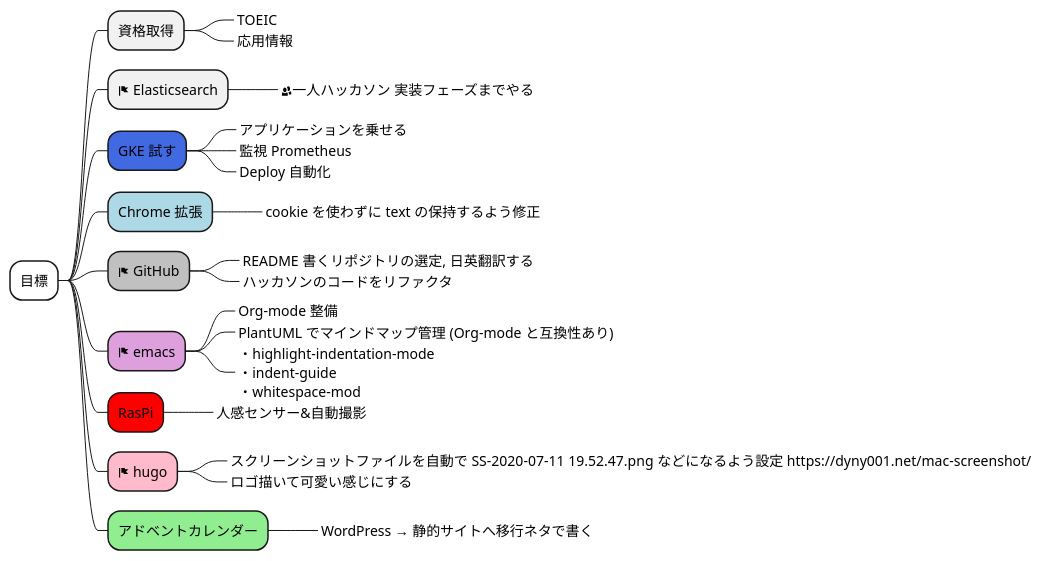
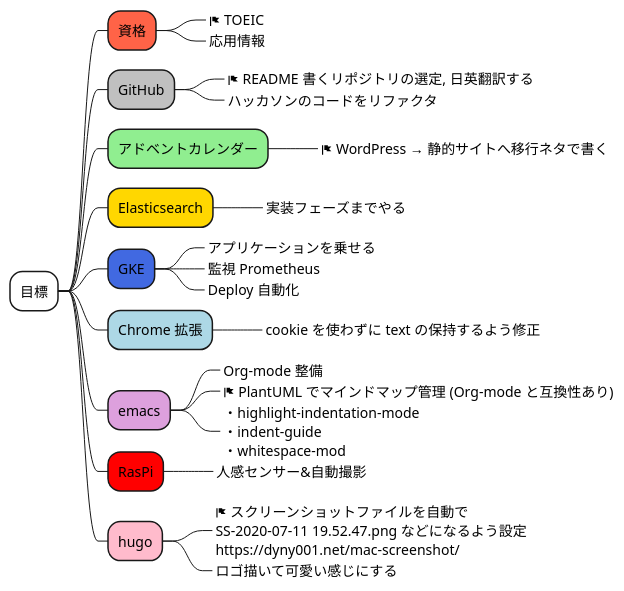
One commit to Ishizuka427/MindMap changed the diagram in test.puml. Above: the diagram before and after it, drawn with PlantUML.

```diff
--- a/test.puml
+++ b/test.puml
@@ -1,28 +1,28 @@
 @startmindmap
 *[#white] 目標
-** 資格取得
-***_ TOEIC
+**[#tomato] 資格
+***_ <&flag> TOEIC
 ***_ 応用情報
-** <&flag> Elasticsearch
-***_ <&people>一人ハッカソン 実装フェーズまでやる
-**[#royalblue] GKE 試す
+**[#silver] GitHub
+***_ <&flag> README 書くリポジトリの選定, 日英翻訳する
+***_ ハッカソンのコードをリファクタ
+**[#lightgreen] アドベントカレンダー
+***_ <&flag> WordPress → 静的サイトへ移行ネタで書く
+**[#gold] Elasticsearch
+***_ 実装フェーズまでやる
+**[#royalblue] GKE
 ***_ アプリケーションを乗せる
 ***_ 監視 Prometheus
 ***_ Deploy 自動化 
 **[#lightblue] Chrome 拡張
 ***_ cookie を使わずに text の保持するよう修正
-**[#silver] <&flag> GitHub
-***_ README 書くリポジトリの選定, 日英翻訳する
-***_ ハッカソンのコードをリファクタ
-**[#plum] <&flag> emacs
+**[#plum] emacs
 ***_ Org-mode 整備
-***_ PlantUML でマインドマップ管理 (Org-mode と互換性あり)
+***_ <&flag> PlantUML でマインドマップ管理 (Org-mode と互換性あり)
 ***_ ・highlight-indentation-mode \n・indent-guide \n・whitespace-mod
 **[#red] RasPi
 ***_ 人感センサー&自動撮影
-**[#FFBBCC] <&flag> hugo
-***_ スクリーンショットファイルを自動で SS-2020-07-11 19.52.47.png などになるよう設定 https://dyny001.net/mac-screenshot/
+**[#FFBBCC] hugo
+***_ <&flag> スクリーンショットファイルを自動で \nSS-2020-07-11 19.52.47.png などになるよう設定 \nhttps://dyny001.net/mac-screenshot/
 ***_ ロゴ描いて可愛い感じにする
-**[#lightgreen] アドベントカレンダー
-***_ WordPress → 静的サイトへ移行ネタで書く
 @endmindmap
```
